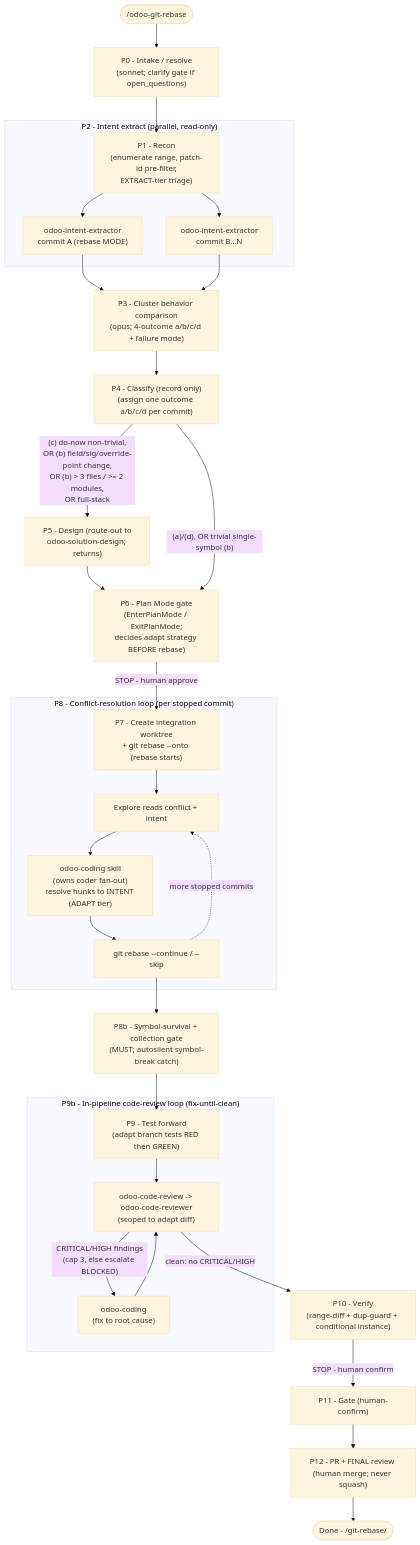
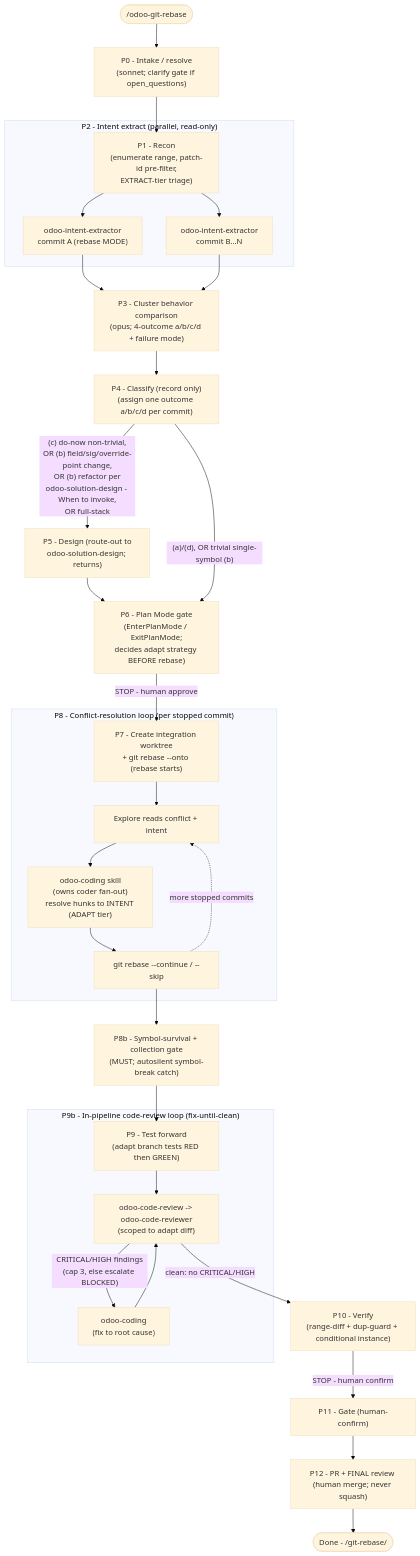
The sixth of 9 diagrams in plugins/odoo-ai-agents/README.md (Viindoo/odoo-mcp-client), drawn with Mermaid (base theme) before and after one commit. The commit also changed other lines of this file and 26 other files, not shown here.

````diff
--- a/plugins/odoo-ai-agents/README.md
+++ b/plugins/odoo-ai-agents/README.md
@@ -457,41 +457,41 @@
 ```mermaid
 flowchart TD
     START(["/odoo-git-rebase"])
     START --> P0["P0 - Intake / resolve<br/>(sonnet; clarify gate if open_questions)"]
     P0 --> P1["P1 - Recon<br/>(enumerate range, patch-id pre-filter,<br/>EXTRACT-tier triage)"]
 
     subgraph P2_grp["P2 - Intent extract (parallel, read-only)"]
         P1 --> IE1["odoo-intent-extractor<br/>commit A (rebase MODE)"]
         P1 --> IE2["odoo-intent-extractor<br/>commit B...N"]
     end
 
     IE1 --> P3["P3 - Cluster behavior comparison<br/>(opus; 4-outcome a/b/c/d + failure mode)"]
     IE2 --> P3
     P3 --> P4["P4 - Classify (record only)<br/>(assign one outcome a/b/c/d per commit)"]
 
-    P4 -->|"(c) do-now non-trivial,<br/>OR (b) field/sig/override-point change,<br/>OR (b) > 3 files / >= 2 modules,<br/>OR full-stack"| P5["P5 - Design (route-out to<br/>odoo-solution-design; returns)"]
+    P4 -->|"(c) do-now non-trivial,<br/>OR (b) field/sig/override-point change,<br/>OR (b) refactor per<br/>odoo-solution-design - When to invoke,<br/>OR full-stack"| P5["P5 - Design (route-out to<br/>odoo-solution-design; returns)"]
     P5 --> P6_gate
     P4 -->|"(a)/(d), OR trivial single-symbol (b)"| P6_gate["P6 - Plan Mode gate<br/>(EnterPlanMode / ExitPlanMode;<br/>decides adapt strategy BEFORE rebase)"]
     P6_gate -->|"STOP - human approve"| P7["P7 - Create integration worktree<br/>+ git rebase --onto (rebase starts)"]
 
     subgraph P8_grp["P8 - Conflict-resolution loop (per stopped commit)"]
         P7 --> CR1["Explore reads conflict + intent"]
         CR1 --> CR2["odoo-coding skill<br/>(owns coder fan-out)<br/>resolve hunks to INTENT (ADAPT tier)"]
         CR2 --> CR3["git rebase --continue / --skip"]
         CR3 -.->|"more stopped commits"| CR1
     end
 
     CR3 --> P8b["P8b - Symbol-survival + collection gate<br/>(MUST; autosilent symbol-break catch)"]
     P8b --> P9["P9 - Test forward<br/>(adapt branch tests RED then GREEN)"]
 
     subgraph P9b_grp["P9b - In-pipeline code-review loop (fix-until-clean)"]
         P9 --> RV["odoo-code-review -> odoo-code-reviewer<br/>(scoped to adapt diff)"]
         RV -->|"CRITICAL/HIGH findings<br/>(cap 3, else escalate BLOCKED)"| FX["odoo-coding<br/>(fix to root cause)"]
         FX --> RV
     end
 
     RV -->|"clean: no CRITICAL/HIGH"| P10["P10 - Verify<br/>(range-diff + dup-guard + conditional instance)"]
     P10 -->|"STOP - human confirm"| P11["P11 - Gate (human-confirm)"]
     P11 --> P12["P12 - PR + FINAL review (human merge; never squash)"]
     P12 --> DONE(["Done - <ISOLATE_DIR>/git-rebase/"])
 ```
````
